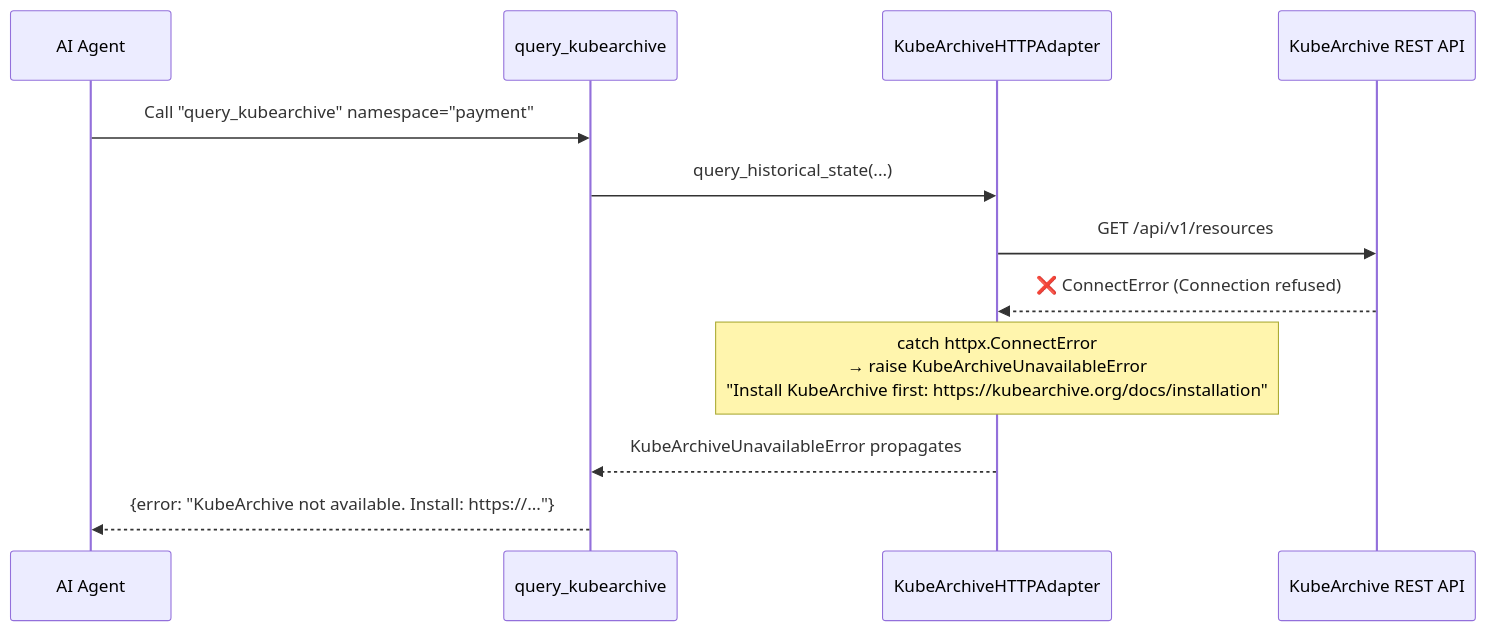
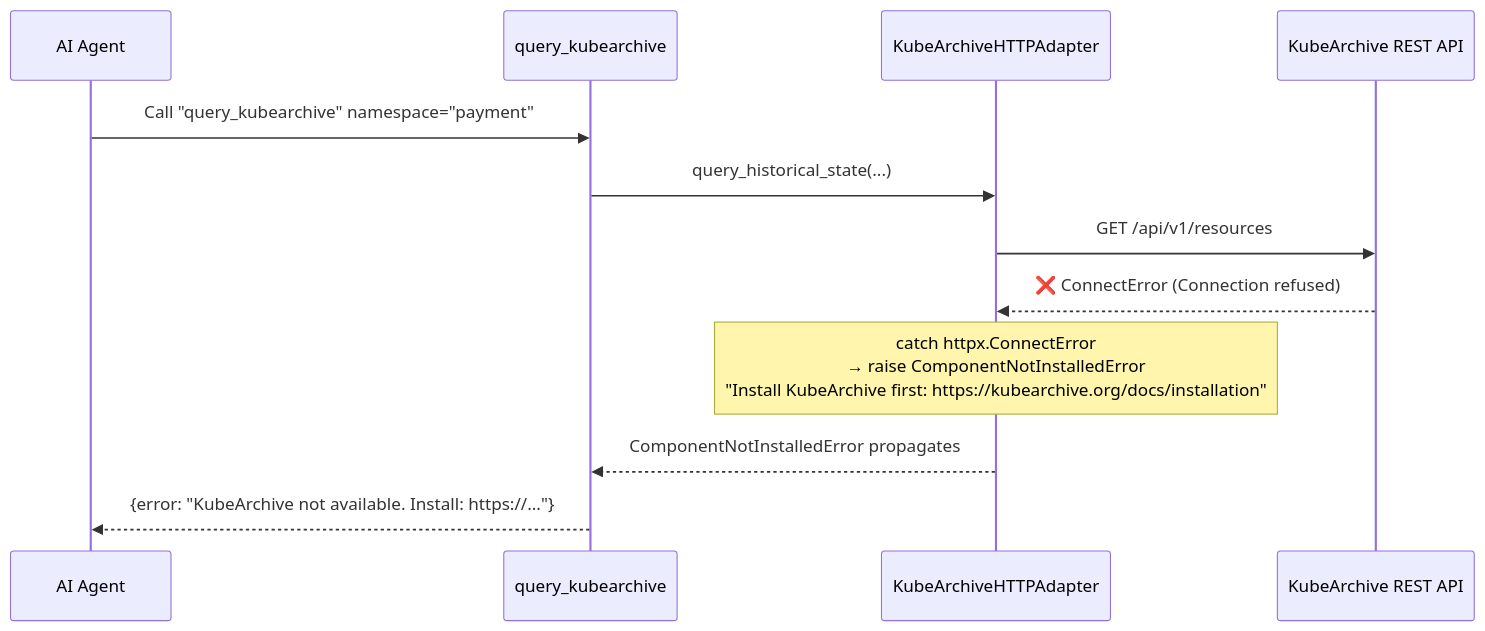
The second of 4 diagrams in docs/use-cases/40-query-kubearchive.md (hexa-tools/hexawyn), drawn with Mermaid before and after one commit. The commit also changed other lines of this file and 12 other files, not shown here.

````diff
--- a/docs/use-cases/40-query-kubearchive.md
+++ b/docs/use-cases/40-query-kubearchive.md
@@ -56,17 +56,17 @@
 ```mermaid
 sequenceDiagram
     participant AI as AI Agent
     participant Tool as query_kubearchive
     participant Adapter as KubeArchiveHTTPAdapter
     participant KAAPI as KubeArchive REST API
 
     AI->>Tool: Call "query_kubearchive" namespace="payment"
     Tool->>Adapter: query_historical_state(...)
     Adapter->>KAAPI: GET /api/v1/resources
     KAAPI-->>Adapter: ❌ ConnectError (Connection refused)
 
-    Note over Adapter: catch httpx.ConnectError<br/>→ raise KubeArchiveUnavailableError<br/>"Install KubeArchive first: https://kubearchive.org/docs/installation"
+    Note over Adapter: catch httpx.ConnectError<br/>→ raise ComponentNotInstalledError<br/>"Install KubeArchive first: https://kubearchive.org/docs/installation"
 
-    Adapter-->>Tool: KubeArchiveUnavailableError propagates
+    Adapter-->>Tool: ComponentNotInstalledError propagates
     Tool-->>AI: {error: "KubeArchive not available. Install: https://..."}
 ```
````
